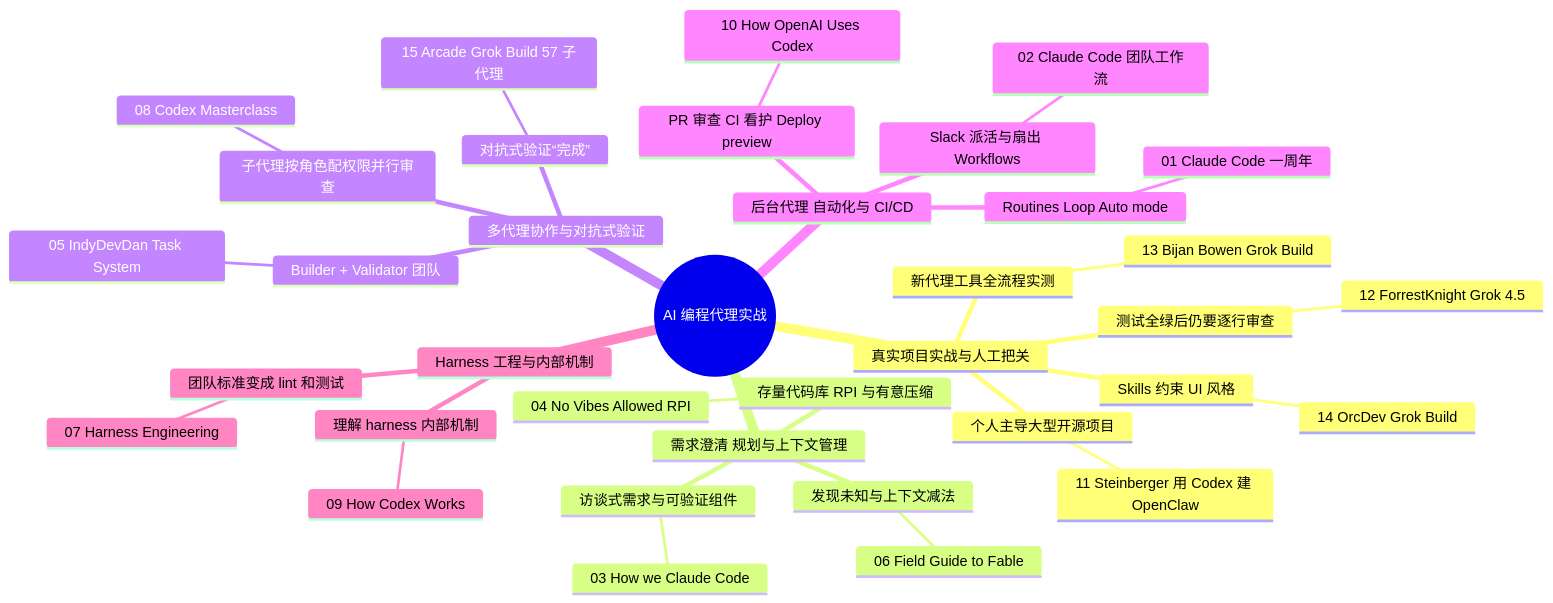
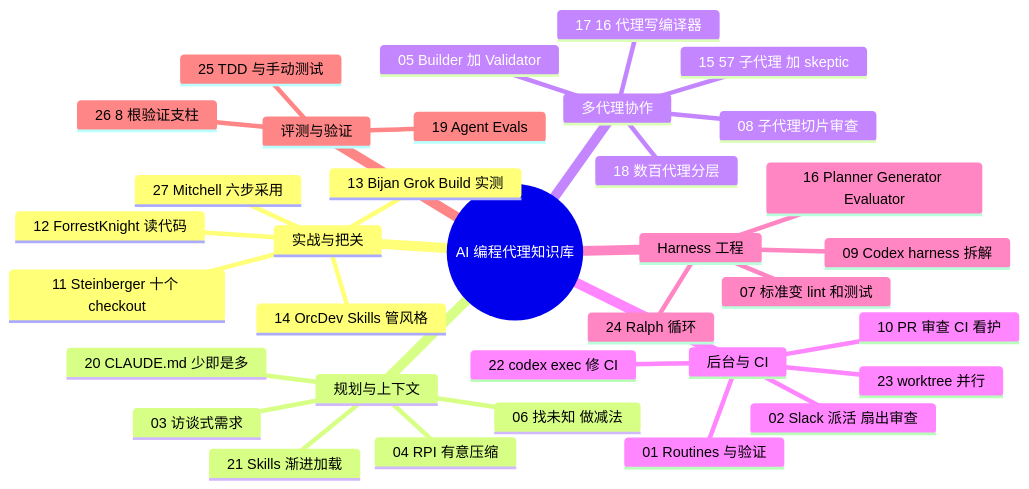
The diagram in docs/index.md (yzw7489757/ai-coding-videos), drawn with Mermaid before and after one commit. The commit also changed other lines of this file and 69 other files, not shown here.

````diff
--- a/docs/index.md
+++ b/docs/index.md
@@ -65,39 +94,37 @@
 ```mermaid
 mindmap
-  root((AI 编程代理实战))
-    真实项目实战与人工把关
-      个人主导大型开源项目
-        11 Steinberger 用 Codex 建 OpenClaw
-      Skills 约束 UI 风格
-        14 OrcDev Grok Build
-      新代理工具全流程实测
-        13 Bijan Bowen Grok Build
-      测试全绿后仍要逐行审查
-        12 ForrestKnight Grok 4.5
-    需求澄清 规划与上下文管理
-      访谈式需求与可验证组件
-        03 How we Claude Code
-      发现未知与上下文减法
-        06 Field Guide to Fable
-      存量代码库 RPI 与有意压缩
-        04 No Vibes Allowed RPI
-    多代理协作与对抗式验证
-      Builder + Validator 团队
-        05 IndyDevDan Task System
-      子代理按角色配权限并行审查
-        08 Codex Masterclass
-      对抗式验证“完成”
-        15 Arcade Grok Build 57 子代理
-    后台代理 自动化与 CI/CD
-      Routines Loop Auto mode
-        01 Claude Code 一周年
-      Slack 派活与扇出 Workflows
-        02 Claude Code 团队工作流
-      PR 审查 CI 看护 Deploy preview
-        10 How OpenAI Uses Codex
-    Harness 工程与内部机制
-      理解 harness 内部机制
-        09 How Codex Works
-      团队标准变成 lint 和测试
-        07 Harness Engineering
+  root((AI 编程代理知识库))
+    实战与把关
+      11 Steinberger 十个 checkout
+      14 OrcDev Skills 管风格
+      13 Bijan Grok Build 实测
+      12 ForrestKnight 读代码
+      27 Mitchell 六步采用
+    规划与上下文
+      03 访谈式需求
+      06 找未知 做减法
+      04 RPI 有意压缩
+      20 CLAUDE.md 少即是多
+      21 Skills 渐进加载
+    多代理协作
+      05 Builder 加 Validator
+      08 子代理切片审查
+      15 57 子代理 加 skeptic
+      17 16 代理写编译器
+      18 数百代理分层
+    后台与 CI
+      01 Routines 与验证
+      02 Slack 派活 扇出审查
+      10 PR 审查 CI 看护
+      22 codex exec 修 CI
+      23 worktree 并行
+    Harness 工程
+      09 Codex harness 拆解
+      07 标准变 lint 和测试
+      16 Planner Generator Evaluator
+      24 Ralph 循环
+    评测与验证
+      19 Agent Evals
+      25 TDD 与手动测试
+      26 8 根验证支柱
 ```
````
